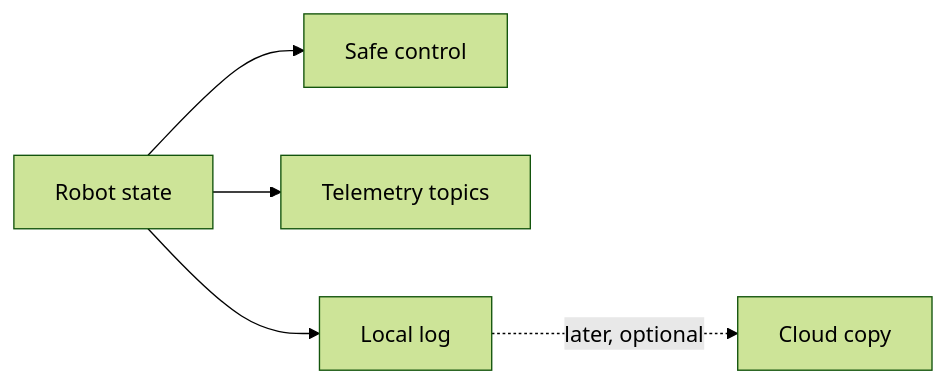
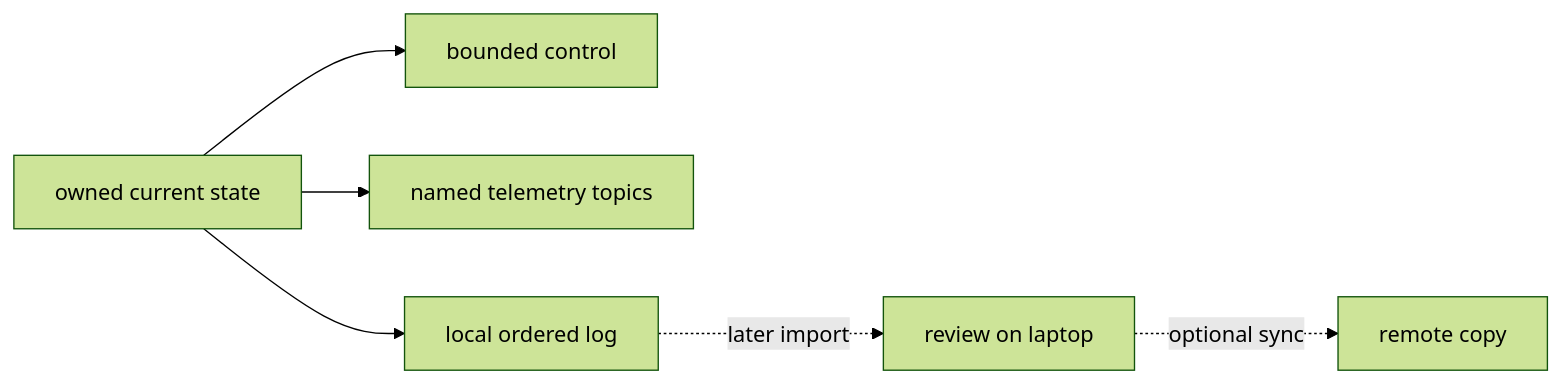
One commit to ARES-23247/ARESWEB changed the diagram in content/learning/areslib-reference/telemetry-and-control.md. Above: the diagram before and after it, drawn with Mermaid (forest theme). The commit also changed other lines of this file and 3 other files, not shown here.

````diff
--- a/content/learning/areslib-reference/telemetry-and-control.md
+++ b/content/learning/areslib-reference/telemetry-and-control.md
@@ -8,8 +47,9 @@
 ```mermaid
-%% aria: Robot state drives safe control. A copy of selected state becomes telemetry and local logs. Optional cloud sync happens later and does not control the robot.
+%% aria: Current robot or simulator state drives bounded control. Selected copies become named telemetry topics and a local time-ordered log. A laptop may later import or synchronize the completed log, but that optional path does not control the robot.
 flowchart LR
-  A["Robot state"] --> B["Safe control"]
-  A --> C["Telemetry topics"]
-  A --> D["Local log"]
-  D -. "later, optional" .-> E["Cloud copy"]
+  S["owned current state"] --> C["bounded control"]
+  S --> T["named telemetry topics"]
+  S --> L["local ordered log"]
+  L -. later import .-> R["review on laptop"]
+  R -. optional sync .-> O["remote copy"]
 ```
````
